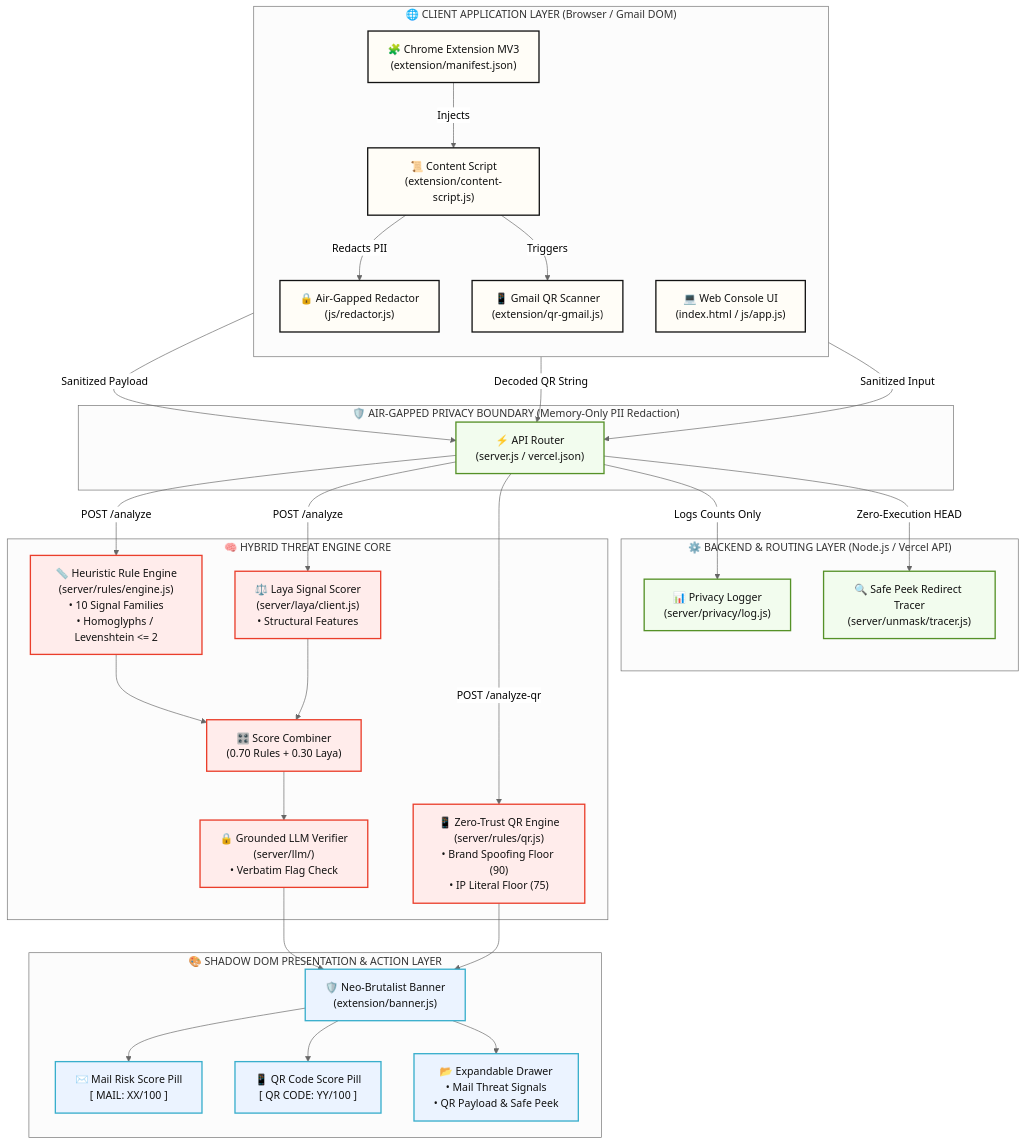
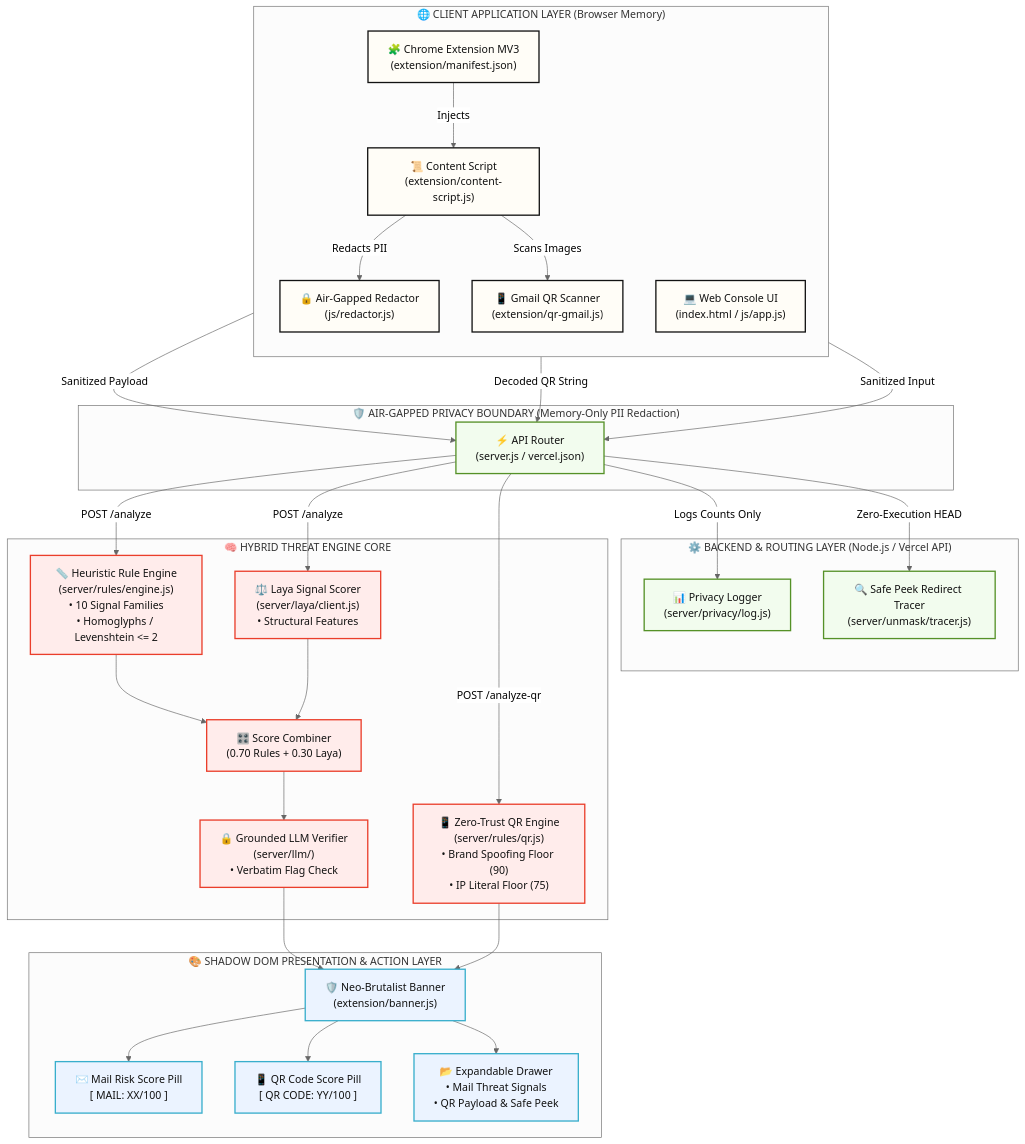
One commit to VedxntDev/Ratio-d changed the fourth of 4 diagrams in README.md. Above: the diagram before and after it, drawn with Mermaid (neutral theme). The commit also changed other lines of this file, not shown here.

Commit message:
Redesign all architecture diagrams into crystal-clear, layman-friendly 5-stage Eraser.io style flowcharts

````diff
--- a/README.md
+++ b/README.md
@@ -332,69 +334,69 @@
 ```mermaid
 flowchart TD
-    subgraph CLIENT_LAYER ["🌐 CLIENT APPLICATION LAYER (Browser / Gmail DOM)"]
+    subgraph CLIENT_LAYER ["🌐 CLIENT APPLICATION LAYER (Browser Memory)"]
         direction TB
         EXT["🧩 Chrome Extension MV3<br/>(extension/manifest.json)"]
         CS["📜 Content Script<br/>(extension/content-script.js)"]
         RED["🔒 Air-Gapped Redactor<br/>(js/redactor.js)"]
         QR_SCAN["📱 Gmail QR Scanner<br/>(extension/qr-gmail.js)"]
         WEB_APP["💻 Web Console UI<br/>(index.html / js/app.js)"]
         
         EXT -->|Injects| CS
         CS -->|Redacts PII| RED
-        CS -->|Triggers| QR_SCAN
+        CS -->|Scans Images| QR_SCAN
     end
 
     subgraph PRIVACY_WALL ["🛡️ AIR-GAPPED PRIVACY BOUNDARY (Memory-Only PII Redaction)"]
         RED -->|Sanitized Payload| API_GATEWAY
         QR_SCAN -->|Decoded QR String| API_GATEWAY
         WEB_APP -->|Sanitized Input| API_GATEWAY
     end
 
     subgraph SERVER_LAYER ["⚙️ BACKEND & ROUTING LAYER (Node.js / Vercel API)"]
         API_GATEWAY["⚡ API Router<br/>(server.js / vercel.json)"]
         LOG["📊 Privacy Logger<br/>(server/privacy/log.js)"]
         TRACER["🔍 Safe Peek Redirect Tracer<br/>(server/unmask/tracer.js)"]
 
         API_GATEWAY -->|Logs Counts Only| LOG
         API_GATEWAY -->|Zero-Execution HEAD| TRACER
     end
 
     subgraph DETECTION_CORE ["🧠 HYBRID THREAT ENGINE CORE"]
         RULE["📏 Heuristic Rule Engine<br/>(server/rules/engine.js)<br/>• 10 Signal Families<br/>• Homoglyphs / Levenshtein <= 2"]
         LAYA["⚖️ Laya Signal Scorer<br/>(server/laya/client.js)<br/>• Structural Features"]
         QR_RULES["📱 Zero-Trust QR Engine<br/>(server/rules/qr.js)<br/>• Brand Spoofing Floor (90)<br/>• IP Literal Floor (75)"]
         COMBINER["🎛️ Score Combiner<br/>(0.70 Rules + 0.30 Laya)"]
         GROUNDER["🔒 Grounded LLM Verifier<br/>(server/llm/)<br/>• Verbatim Flag Check"]
 
         API_GATEWAY -->|POST /analyze| RULE
         API_GATEWAY -->|POST /analyze| LAYA
         API_GATEWAY -->|POST /analyze-qr| QR_RULES
 
         RULE --> COMBINER
         LAYA --> COMBINER
         COMBINER --> GROUNDER
     end
 
     subgraph PRESENTATION ["🎨 SHADOW DOM PRESENTATION & ACTION LAYER"]
         BANNER["🛡️ Neo-Brutalist Banner<br/>(extension/banner.js)"]
         MAIL_BADGE["✉️ Mail Risk Score Pill<br/>[ MAIL: XX/100 ]"]
         QR_BADGE["📱 QR Code Score Pill<br/>[ QR CODE: YY/100 ]"]
         DRAWER["📂 Expandable Drawer<br/>• Mail Threat Signals<br/>• QR Payload & Safe Peek"]
 
         GROUNDER --> BANNER
         QR_RULES --> BANNER
         BANNER --> MAIL_BADGE
         BANNER --> QR_BADGE
         BANNER --> DRAWER
     end
 
     classDef clientFill fill:#FFFDF7,stroke:#121212,stroke-width:2px,color:#121212
     classDef serverFill fill:#F2FCEE,stroke:#559127,stroke-width:2px,color:#121212
     classDef engineFill fill:#FFECEB,stroke:#EA3E2B,stroke-width:2px,color:#121212
     classDef renderFill fill:#EBF3FF,stroke:#38AECC,stroke-width:2px,color:#121212
 
     class EXT,CS,RED,QR_SCAN,WEB_APP clientFill
     class API_GATEWAY,LOG,TRACER serverFill
     class RULE,LAYA,QR_RULES,COMBINER,GROUNDER engineFill
     class BANNER,MAIL_BADGE,QR_BADGE,DRAWER renderFill
 ```
````
